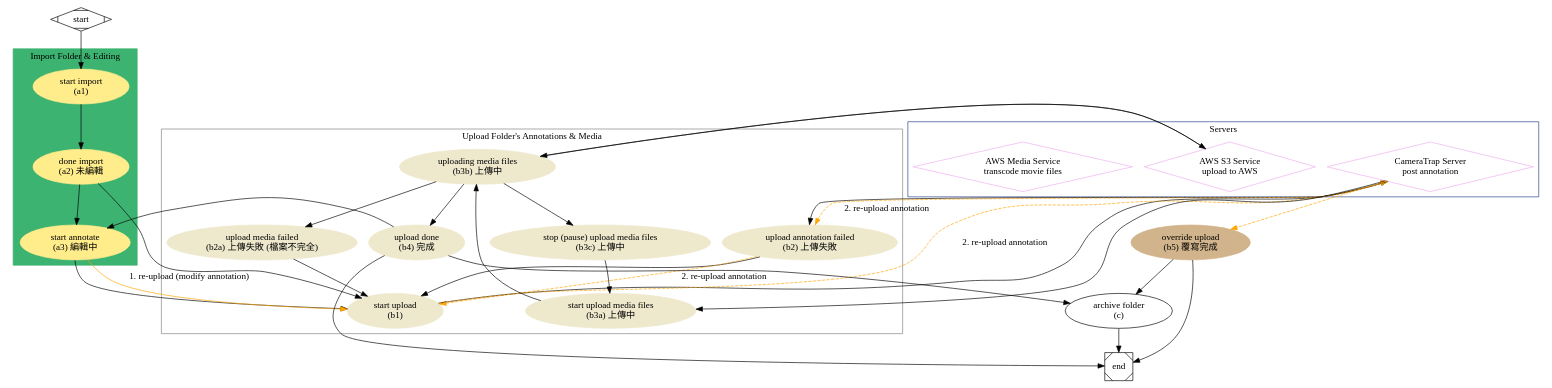
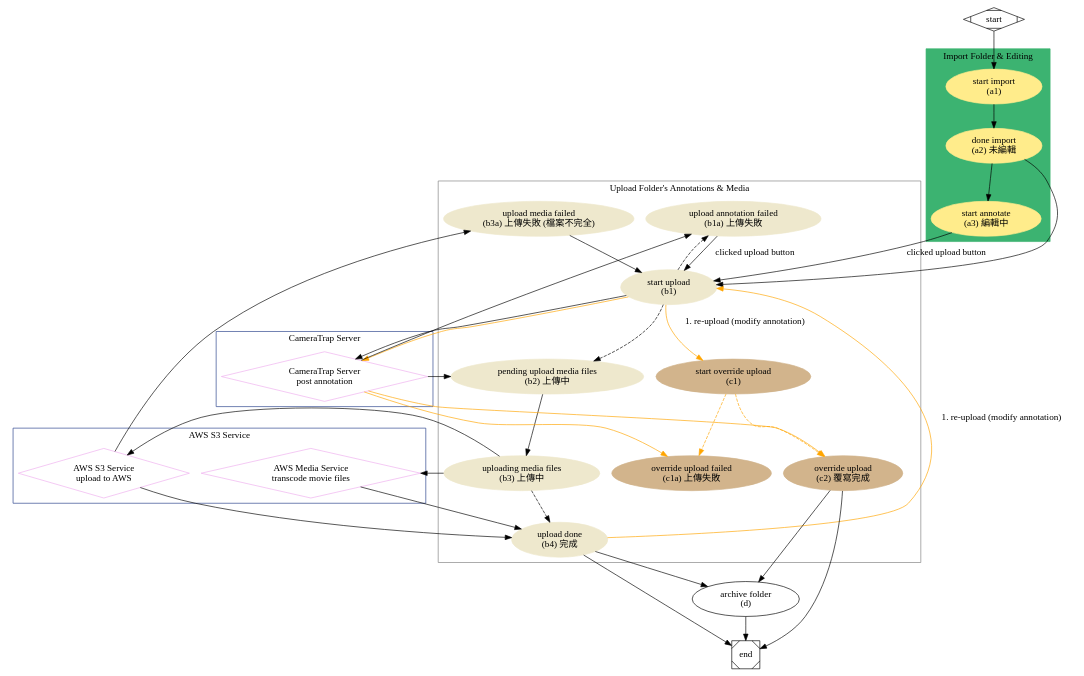
Before and after one commit to moogoo78/camera-trap-tk: the diagram in docs/upload-status-flow.dot, drawn with Graphviz. The commit also changed 5 other files, not shown here.

```diff
--- a/docs/upload-status-flow.dot
+++ b/docs/upload-status-flow.dot
@@ -1,73 +1,91 @@
 digraph G {
   subgraph cluster_0 {
     style=filled;
     color=mediumseagreen;
     node [style=filled,color=lightgoldenrod1];
     label = "Import Folder & Editing";
     a1 -> a2 -> a3;
   }
 
   subgraph cluster_1 {
     color=gray;
     node [style=filled, color=cornsilk2];
     label = "Upload Folder's Annotations & Media";
-    b2 -> b1;
-    b3a -> b3b -> b3c -> b3a;
-    b3b -> b2a -> b1;
-    b3b -> b4;
-    /*
-    serv_anno -> b3a -> b3b -> b3c -> b3a;
-    b3b -> b3b;
-    b3b -> serv_s3 -> b4;
 
+    b1a -> b1 [label="clicked upload button"];
+    b1-> b2 [style=dashed];
+    b2 -> b3;
+    b3 -> b4 [style=dashed];
+    b4 -> b1 -> c1 [color=orange, label="1. re-upload (modify annotation)"];
+    c1 -> c2 [color=orange, style=dashed];
+    c1 -> c1a [color=orange, style=dashed];
+    b3a -> b1;
 
-    */
   }
   subgraph cluster_2 {
     color=royalblue4;
-    label = "Servers";
+    label = "CameraTrap Server";
     serv_anno;
+  }
+  subgraph cluster_3 {
+    color=royalblue4;
+    label = "AWS S3 Service";
     serv_s3;
     serv_media;
   }
- /* subgraph cluster_3 {
-    color=royalblue4;
-    label = "AWS S3 Service";
-
-  }*/
 
   start -> a1;
-  b1 -> serv_anno -> b2;
-  serv_anno -> b3a;
+  a3 -> b1 [label="clicked upload button"];
+  a2 -> b1;
+  b1 -> serv_anno -> b1a;
+  b1 -> b1a [style=dashed];
+  serv_anno -> b2;
+  b3 -> serv_s3 -> b4;
+  serv_s3 -> b3a;
+  serv_anno -> c1a [color=orange];
+  b1 -> serv_anno [color=orange];
+  b3 -> serv_media -> b4;
+  serv_anno -> c2 [color=orange];
+  c2 -> end;
+  b4 -> end;
+  b4 -> d -> end;
+  c2 -> d;
+  /*
   b1 -> serv_anno -> b2 -> b1 [color=orange, style=dashed, label="2. re-upload annotation"];
-  /*b3c -> end;*/
-  a3 -> b1;
+  b3c -> end;
+
   a2 -> b1;
   b3b -> serv_s3 -> b3b;
-  /*serv_s3 -> b5;*/
+  serv_s3 -> b5;
   b4 -> end;
   b4 -> c;
   b4 -> a3;
   a3 -> b1 [label="1. re-upload (modify annotation)", color=orange];
   b5 -> end;
-  /*b4 -> a3 [label="update annotation, upload last failed files"];*/
+  b4 -> a3 [label="update annotation, upload last failed files"];
   b5 -> c -> end;
+
   serv_anno -> b5 [color=orange, style=dashed];
+  */
   serv_anno [shape=diamond, color=plum2, label="CameraTrap Server\npost annotation"];
   serv_s3 [shape=diamond, color=plum2, label="AWS S3 Service\nupload to AWS"];
   serv_media [shape=diamond, color=plum2, label="AWS Media Service\ntranscode movie files"];
-  c [label="archive folder\n(c)"];
-  b5 [label="override upload\n(b5) 覆寫完成", color=tan, style=filled];
+
+  d [label="archive folder\n(d)"];
+  c2 [label="override upload\n(c2) 覆寫完成", color=tan, style=filled];
+  c1a [label="override upload failed\n(c1a) 上傳失敗", color=tan, style=filled];
+  c1 [label="start override upload\n(c1)", color=tan, style=filled];
+
   b4 [label="upload done\n(b4) 完成"];
-  b2a [label="upload media failed\n (b2a) 上傳失敗 (檔案不完全)"];
-  b3c [label="stop (pause) upload media files\n(b3c) 上傳中"];
-  b3b [label="uploading media files\n(b3b) 上傳中"];
-  b3a [label="start upload media files\n(b3a) 上傳中"];
-  b2 [label="upload annotation failed\n(b2) 上傳失敗"];
+  b3a [label="upload media failed\n (b3a) 上傳失敗 (檔案不完全)"];
+  b3 [label="uploading media files\n(b3) 上傳中"];
+  b2 [label="pending upload media files\n(b2) 上傳中"];
+  b1a [label="upload annotation failed\n(b1a) 上傳失敗"];
   b1 [label="start upload\n(b1)"];
+
   a3 [label="start annotate\n(a3) 編輯中"];
+  a2 [label="done import\n(a2) 未編輯"];
   a1 [label="start import\n(a1)"];
-  a2 [label="done import\n(a2) 未編輯"];
   start [shape=Mdiamond];
   end [shape=Msquare];
 }
```
